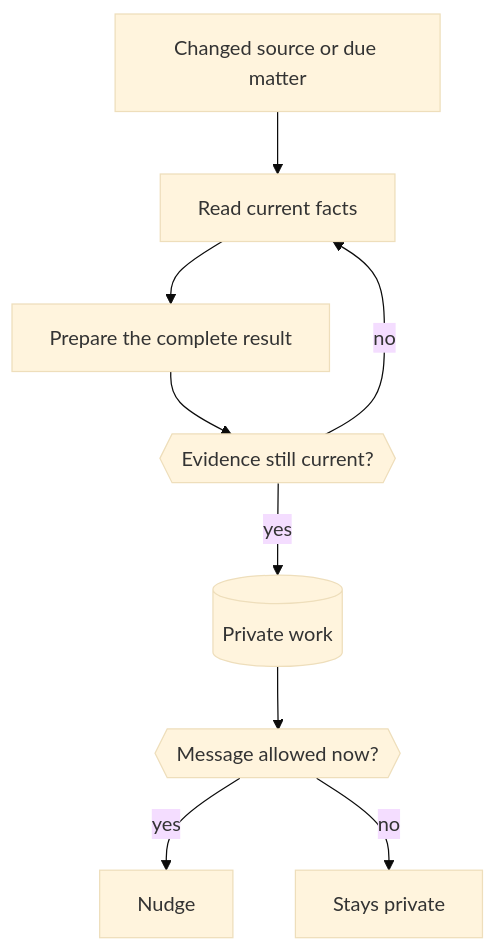
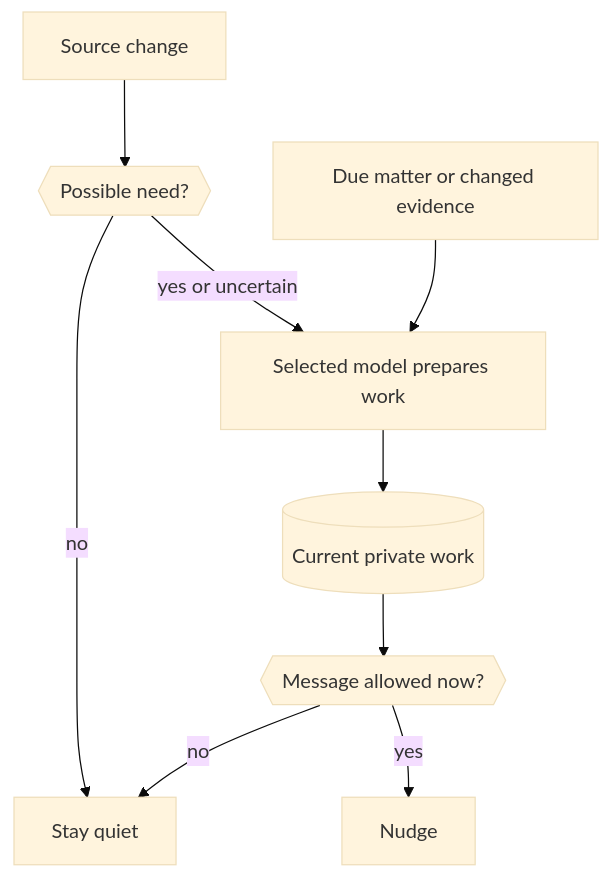
Before and after one commit to n8n-io/nod: the diagram in docs/src/content/docs/how-it-works/proactivity.md, drawn with Mermaid (base theme). The commit also changed other lines of this file and 11 other files, not shown here.

````diff
--- a/docs/src/content/docs/how-it-works/proactivity.md
+++ b/docs/src/content/docs/how-it-works/proactivity.md
@@ -24,11 +26,11 @@
 ```mermaid
 flowchart TD
-  signal[Changed source or due matter]:::muted --> read[Read current facts]:::go
-  read --> prepare[Prepare the complete result]:::accent
-  prepare --> fresh{{Evidence still current?}}
-  fresh -- no --> read
-  fresh -- yes --> saved[(Private work)]
+  signal[Source change]:::muted --> check{{Possible need?}}
+  check -- no --> quiet[Stay quiet]:::muted
+  check -- yes or uncertain --> read[Selected model prepares work]:::accent
+  due[Due matter or changed evidence] --> read
+  read --> saved[(Current private work)]
   saved --> allowed{{Message allowed now?}}
   allowed -- yes --> nudge[Nudge]:::go
-  allowed -- no --> quiet[Stays private]:::muted
+  allowed -- no --> quiet
 ```
````
